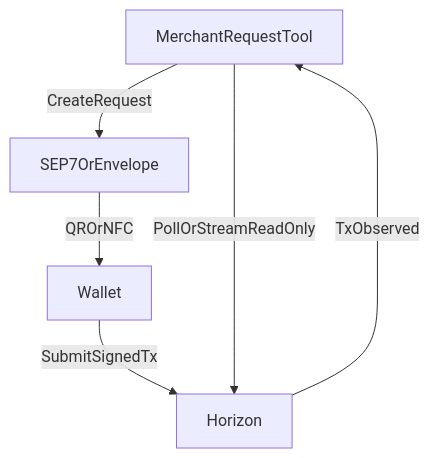
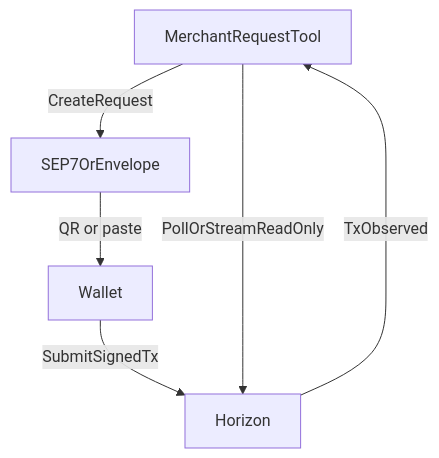
The second of 2 diagrams in docs/architecture.md (blessedux/Sozu_TTP_protocol), drawn with Mermaid before and after one commit. The commit also changed other lines of this file and 10 other files, not shown here.

First line of the commit message:
docs: WebRTC tap-to-pay architecture; retire NFC/BT transport plan

````diff
--- a/docs/architecture.md
+++ b/docs/architecture.md
@@ -50,8 +68,8 @@
 ```mermaid
 flowchart TD
   MerchantTool[MerchantRequestTool] -->|CreateRequest| Request[SEP7OrEnvelope]
-  Request -->|QROrNFC| Wallet[Wallet]
+  Request -->|QR or paste| Wallet[Wallet]
   Wallet -->|SubmitSignedTx| Horizon[Horizon]
   MerchantTool -->|PollOrStreamReadOnly| Horizon
   Horizon -->|TxObserved| MerchantTool
 ```
````
